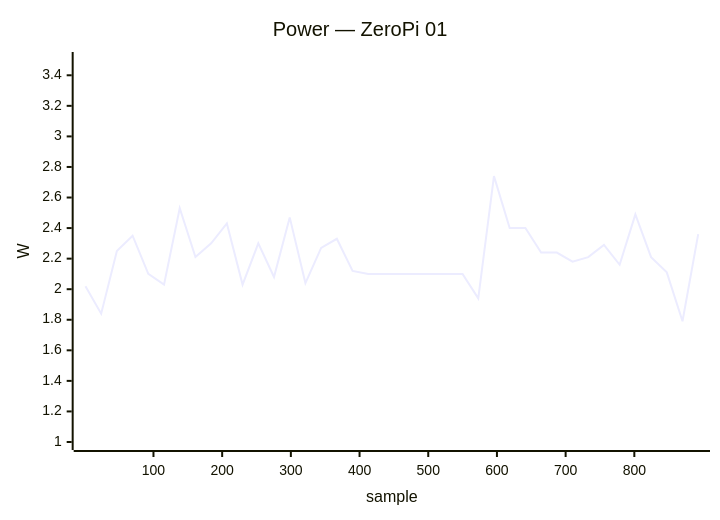
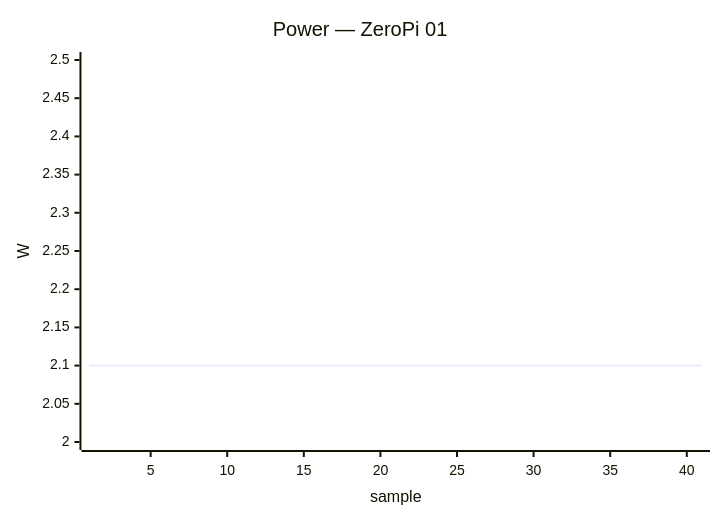
One commit to armbian/documentation changed the eighth of 34 diagrams in docs/status/board-tests.md. Above: the diagram before and after it, drawn with Mermaid. The commit also changed other lines of this file, not shown here.

````diff
--- a/docs/status/board-tests.md
+++ b/docs/status/board-tests.md
@@ -925,7 +306,7 @@
 ```mermaid
 xychart-beta
     title "Power — ZeroPi 01"
-    x-axis "sample" 1 --> 893
-    y-axis "W" 1.0 --> 3.5
-    line [2.02, 1.84, 2.25, 2.35, 2.10, 2.03, 2.53, 2.21, 2.30, 2.43, 2.03, 2.30, 2.08, 2.47, 2.04, 2.27, 2.33, 2.12, 2.10, 2.10, 2.10, 2.10, 2.10, 2.10, 2.10, 1.94, 2.74, 2.40, 2.40, 2.24, 2.24, 2.18, 2.21, 2.29, 2.16, 2.49, 2.21, 2.11, 1.79, 2.36]
+    x-axis "sample" 1 --> 41
+    y-axis "W" 2.0 --> 2.5
+    line [2.10, 2.10, 2.10, 2.10, 2.10, 2.10, 2.10, 2.10, 2.10, 2.10, 2.10, 2.10, 2.10, 2.10, 2.10, 2.10, 2.10, 2.10, 2.10, 2.10, 2.10, 2.10, 2.10, 2.10, 2.10, 2.10, 2.10, 2.10, 2.10, 2.10, 2.10, 2.10, 2.10, 2.10, 2.10, 2.10, 2.10, 2.10, 2.10, 2.10]
 ```
````
